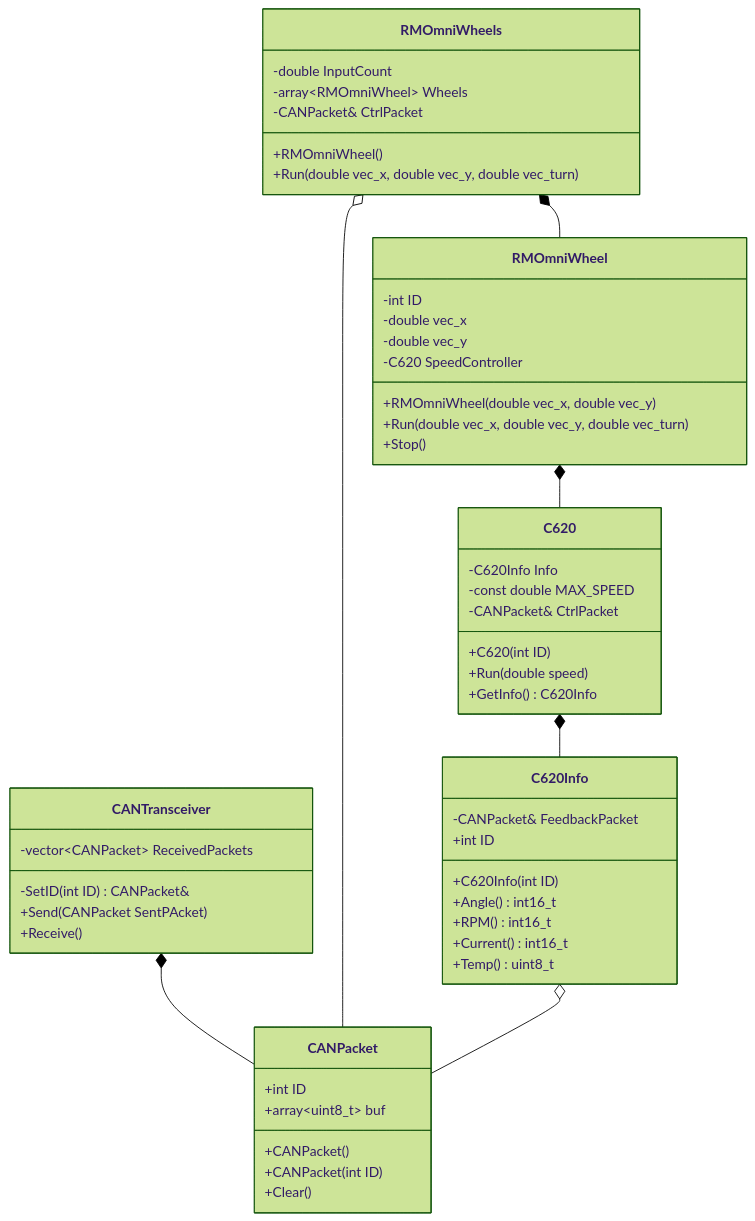
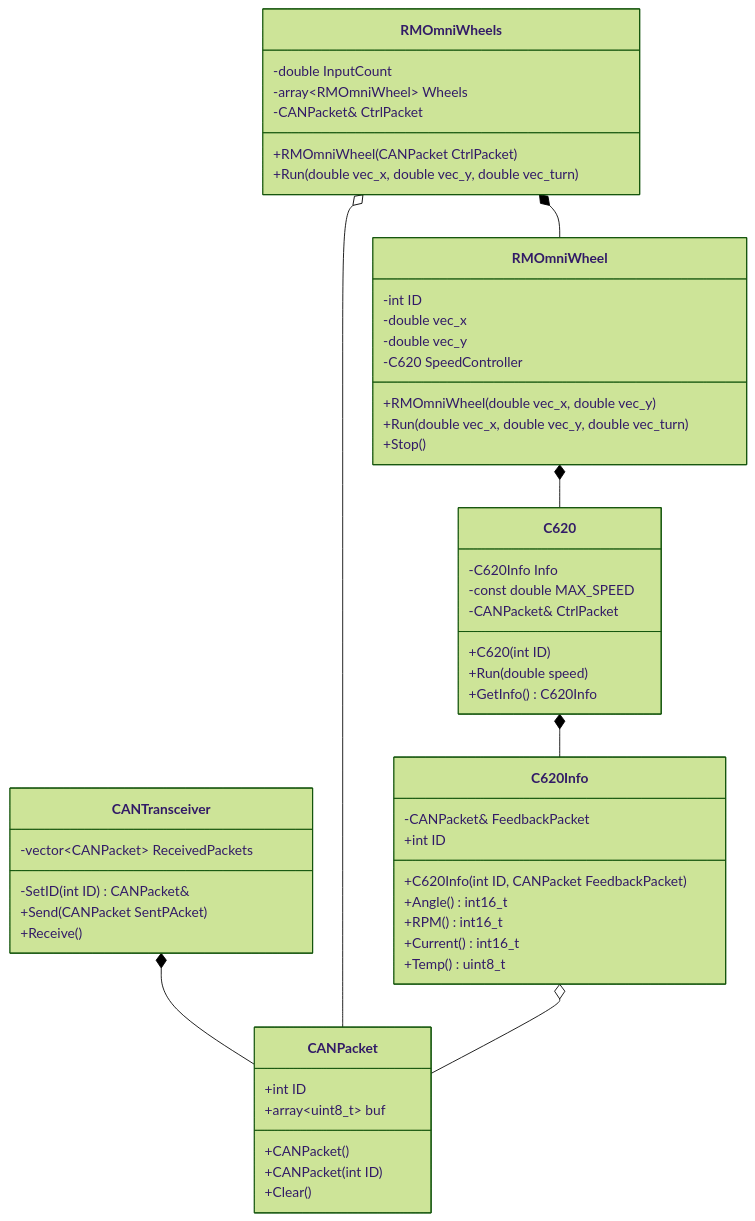
The diagram in docs/class_diagram.md (NiiRoboKen/2025B-esp-sender), drawn with Mermaid (forest theme) before and after one commit.

Commit message:
docs: fix diagram

````diff
--- a/docs/class_diagram.md
+++ b/docs/class_diagram.md
@@ -1,56 +1,56 @@
 ```mermaid
 classDiagram
 class RMOmniWheels{
     -double InputCount
     -array~RMOmniWheel~ Wheels
     -CANPacket& CtrlPacket
-    +RMOmniWheel()
+    +RMOmniWheel(CANPacket CtrlPacket)
     +Run(double vec_x, double vec_y, double vec_turn)
 }
 class RMOmniWheel{
     -int ID
     -double vec_x
     -double vec_y
     -C620 SpeedController
     +RMOmniWheel(double vec_x, double vec_y)
     +Run(double vec_x, double vec_y, double vec_turn)
     +Stop()
 }
 class C620{
     -C620Info Info
     -const double MAX_SPEED
     -CANPacket& CtrlPacket
     +C620(int ID)
     +Run(double speed)
     +GetInfo() C620Info
 }
 class C620Info{
     -CANPacket& FeedbackPacket
     +int ID
-    +C620Info(int ID)
+    +C620Info(int ID, CANPacket FeedbackPacket)
     +Angle() int16_t
     +RPM() int16_t
     +Current() int16_t
     +Temp() uint8_t
 }
 class CANPacket{
     +int ID
     +array~uint8_t~ buf
     +CANPacket()
     +CANPacket(int ID)
     +Clear()
 }
 class CANTransceiver{
     -vector~CANPacket~ ReceivedPackets
     -SetID(int ID) CANPacket&
     +Send(CANPacket SentPAcket)
     +Receive()
 }
 
 RMOmniWheels *-- RMOmniWheel
 RMOmniWheel *-- C620
 C620 *-- C620Info
 CANTransceiver *-- CANPacket
 RMOmniWheels o-- CANPacket
 C620Info o-- CANPacket
 ```
````
